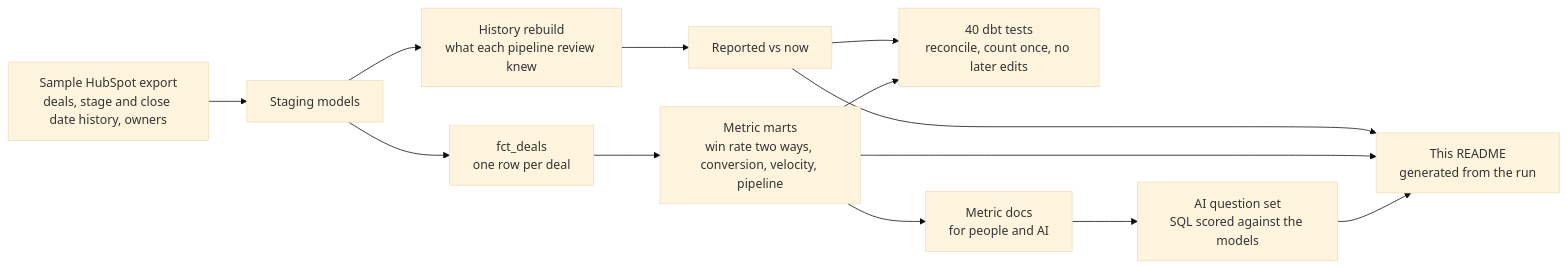
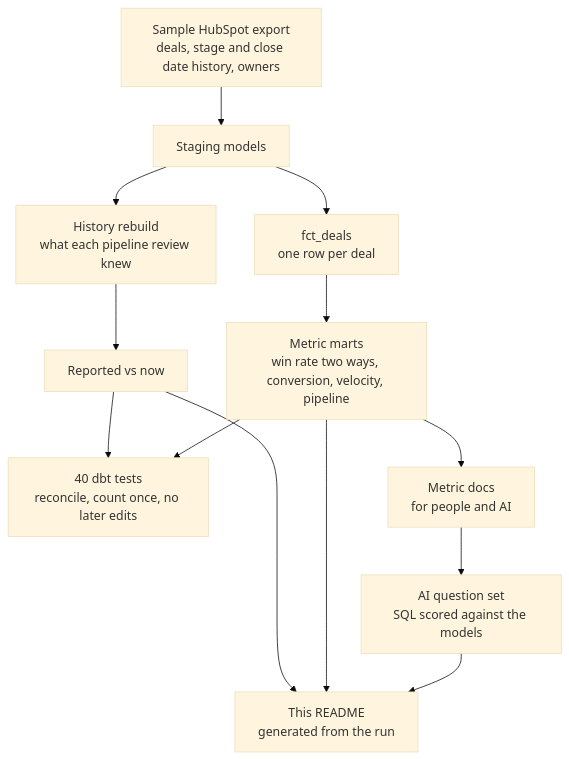
The diagram in README.md (V391/kit-pipeline-review), drawn with Mermaid (base theme) before and after one commit. The commit also changed 1 other file, not shown here.

Commit message:
README: lay the architecture diagram out top to bottom so it fits the page

````diff
--- a/README.md
+++ b/README.md
@@ -11,15 +11,15 @@
 ```mermaid
-flowchart LR
+flowchart TD
     A["Sample HubSpot export<br/>deals, stage and close date history, owners"] --> B["Staging models"]
     B --> C["History rebuild<br/>what each pipeline review knew"]
     B --> D["fct_deals<br/>one row per deal"]
     C --> E["Reported vs now"]
     D --> F["Metric marts<br/>win rate two ways, conversion, velocity, pipeline"]
     E --> G["40 dbt tests<br/>reconcile, count once, no later edits"]
     F --> G
     F --> H["Metric docs<br/>for people and AI"]
     H --> I["AI question set<br/>SQL scored against the models"]
     E --> J["This README<br/>generated from the run"]
     F --> J
     I --> J
 ```
````
